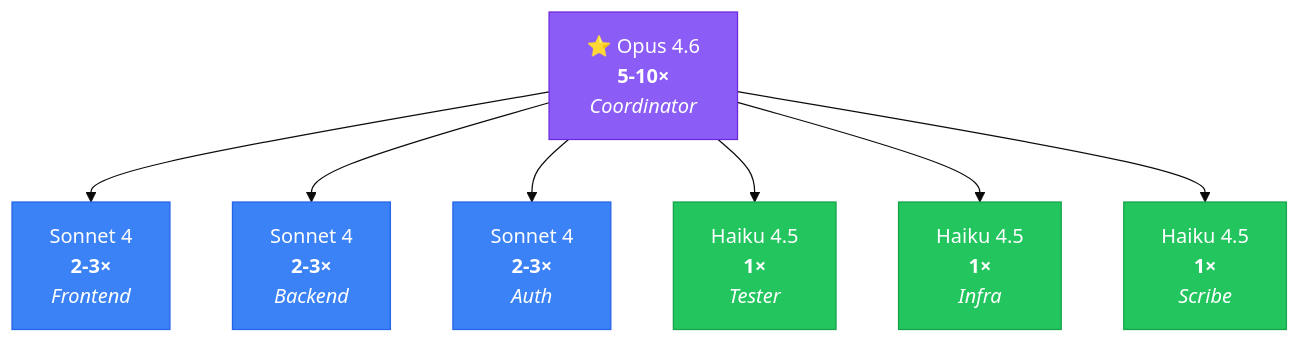
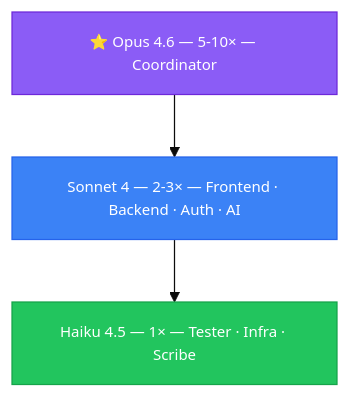
The seventh of 7 diagrams in prez/presentation.md (fredgis/OfficeAddin), drawn with Mermaid before and after one commit. The commit also changed other lines of this file and 2 other files, not shown here.

````diff
--- a/prez/presentation.md
+++ b/prez/presentation.md
@@ -841,22 +768,12 @@
 ```mermaid
-%%{init: {'theme': 'base'}}%%
+%%{init: {'theme': 'base', 'themeVariables': {'fontSize': '12px'}}}%%
 graph TD
-    OPUS["⭐ Opus 4.6<br/><b>5-10×</b><br/><i>Coordinator</i>"]
-    S1["Sonnet 4<br/><b>2-3×</b><br/><i>Frontend</i>"]
-    S2["Sonnet 4<br/><b>2-3×</b><br/><i>Backend</i>"]
-    S3["Sonnet 4<br/><b>2-3×</b><br/><i>Auth</i>"]
-    H1["Haiku 4.5<br/><b>1×</b><br/><i>Tester</i>"]
-    H2["Haiku 4.5<br/><b>1×</b><br/><i>Infra</i>"]
-    H3["Haiku 4.5<br/><b>1×</b><br/><i>Scribe</i>"]
-
-    OPUS --> S1 & S2 & S3
-    OPUS --> H1 & H2 & H3
+    OPUS["⭐ Opus 4.6 — 5-10× — Coordinator"]
+    S["Sonnet 4 — 2-3× — Frontend · Backend · Auth · AI"]
+    H["Haiku 4.5 — 1× — Tester · Infra · Scribe"]
+    OPUS --> S --> H
 
     style OPUS fill:#8b5cf6,stroke:#6d28d9,color:#fff
-    style S1 fill:#3b82f6,stroke:#2563eb,color:#fff
-    style S2 fill:#3b82f6,stroke:#2563eb,color:#fff
-    style S3 fill:#3b82f6,stroke:#2563eb,color:#fff
-    style H1 fill:#22c55e,stroke:#16a34a,color:#fff
-    style H2 fill:#22c55e,stroke:#16a34a,color:#fff
-    style H3 fill:#22c55e,stroke:#16a34a,color:#fff
+    style S fill:#3b82f6,stroke:#2563eb,color:#fff
+    style H fill:#22c55e,stroke:#16a34a,color:#fff
 ```
````
